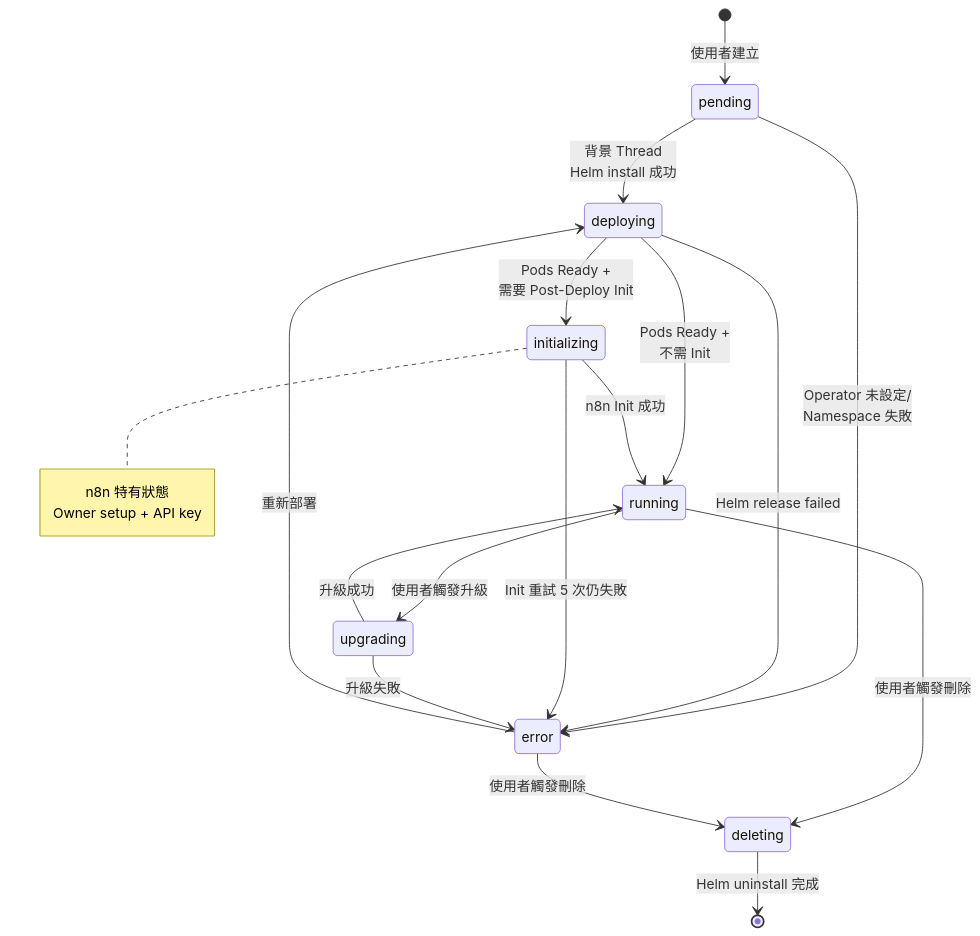
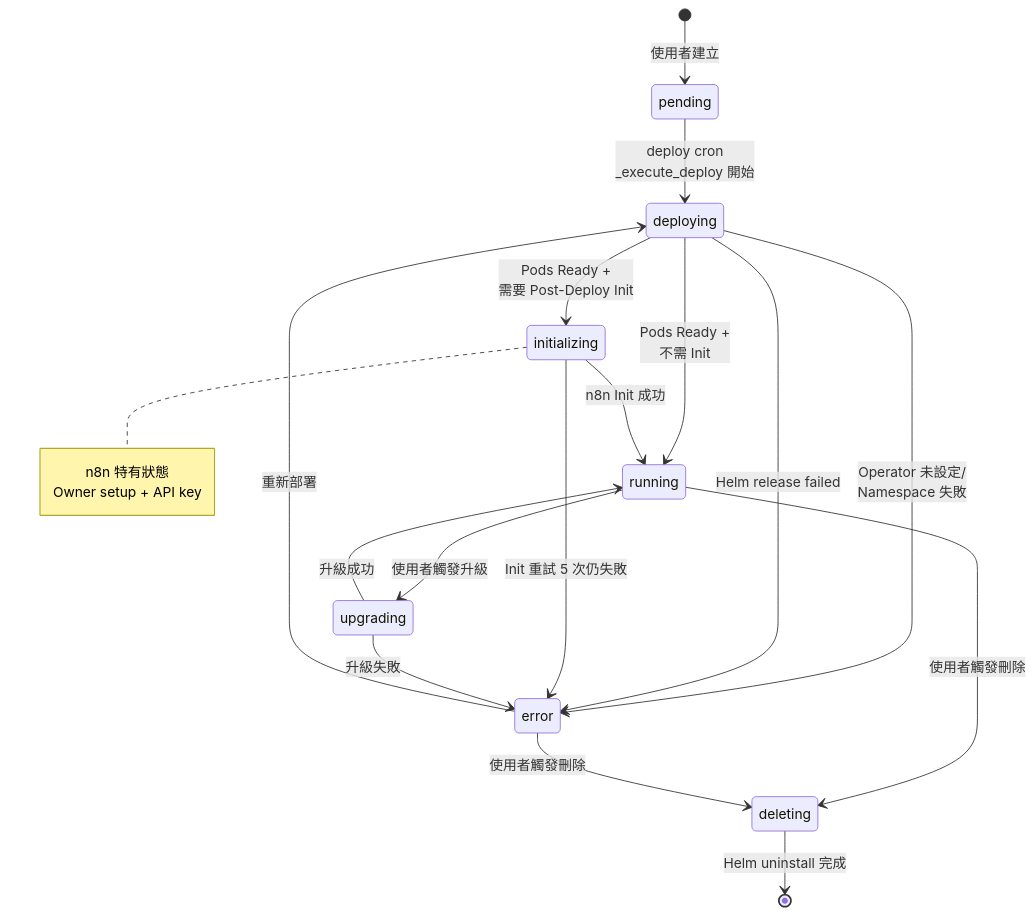
One commit to WOOWTECH/odoo-addon-woow-paas-platform changed the eighth of 11 diagrams in docs/reference/architecture/n8n-cloud-service-lifecycle.md. Above: the diagram before and after it, drawn with Mermaid. The commit also changed other lines of this file and 15 other files, not shown here.

````diff
--- a/docs/reference/architecture/n8n-cloud-service-lifecycle.md
+++ b/docs/reference/architecture/n8n-cloud-service-lifecycle.md
@@ -698,30 +710,30 @@
 ```mermaid
 stateDiagram-v2
     [*] --> pending: 使用者建立
 
-    pending --> deploying: 背景 Thread<br/>Helm install 成功
-    pending --> error: Operator 未設定/<br/>Namespace 失敗
+    pending --> deploying: deploy cron<br/>_execute_deploy 開始
+    deploying --> error: Operator 未設定/<br/>Namespace 失敗
 
     deploying --> initializing: Pods Ready +<br/>需要 Post-Deploy Init
     deploying --> running: Pods Ready +<br/>不需 Init
     deploying --> error: Helm release failed
 
     initializing --> running: n8n Init 成功
     initializing --> error: Init 重試 5 次仍失敗
 
     running --> upgrading: 使用者觸發升級
     running --> deleting: 使用者觸發刪除
 
     upgrading --> running: 升級成功
     upgrading --> error: 升級失敗
 
     error --> deploying: 重新部署
     error --> deleting: 使用者觸發刪除
 
     deleting --> [*]: Helm uninstall 完成
 
     note right of initializing
         n8n 特有狀態
         Owner setup + API key
     end note
 ```
````
